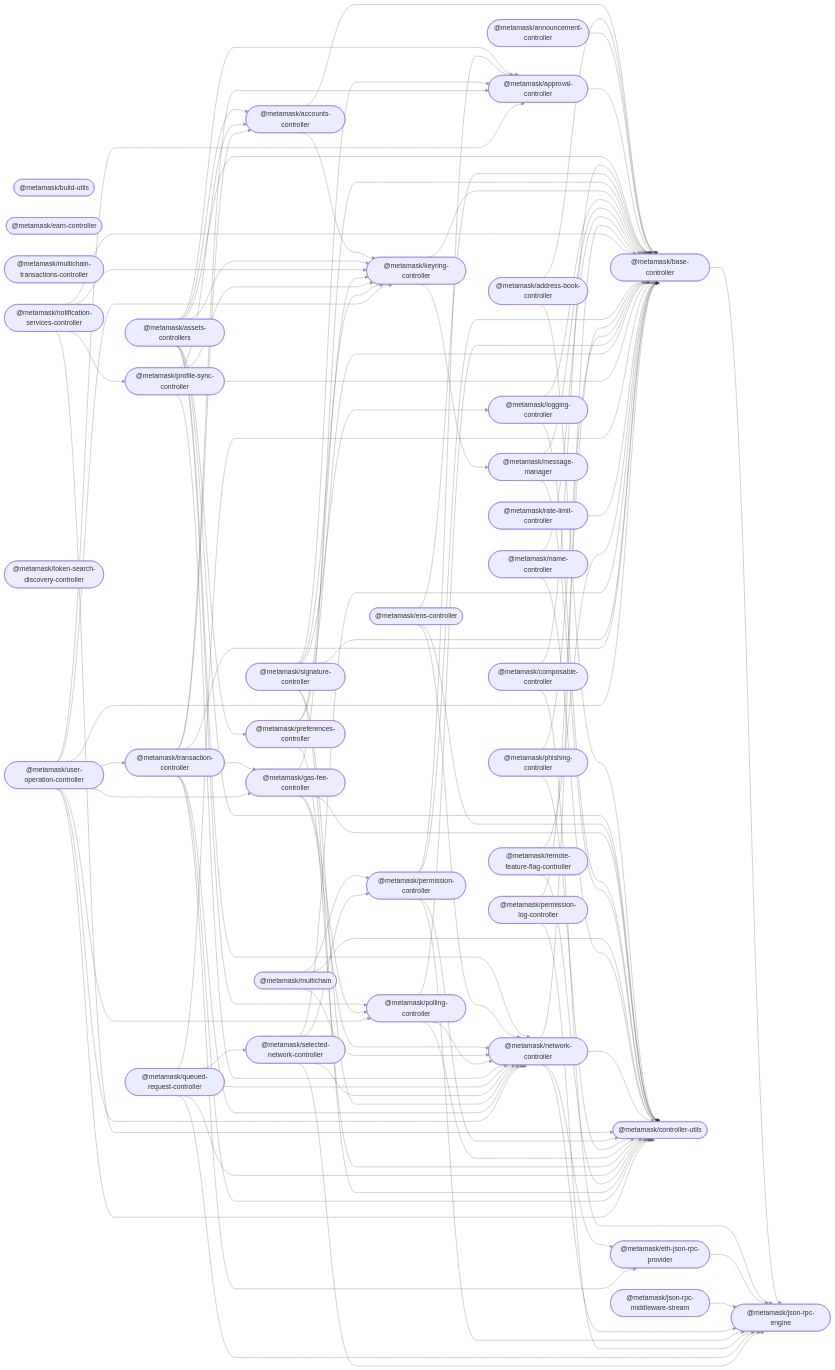
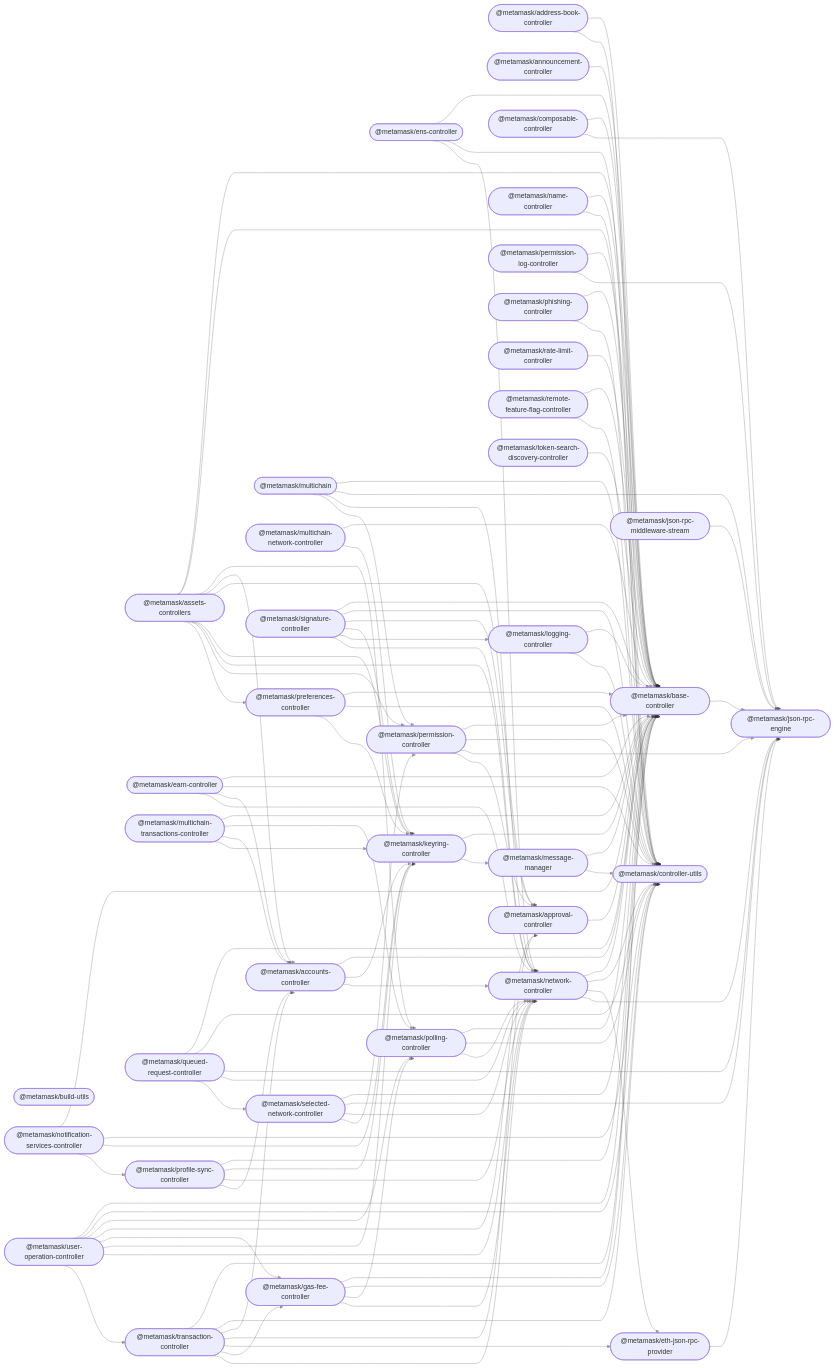
The diagram in README.md (MetaMask/core), drawn with Mermaid before and after one commit. The commit also changed other lines of this file and 27 other files, not shown here.

First line of the commit message:
feat: Add `MultichainNetworkController` to handle both EVM and non-EVM network and account switching (#5215)

```diff
--- a/README.md
+++ b/README.md
@@ -85,6 +86,7 @@
   logging_controller(["@metamask/logging-controller"]);
   message_manager(["@metamask/message-manager"]);
   multichain(["@metamask/multichain"]);
+  multichain_network_controller(["@metamask/multichain-network-controller"]);
   multichain_transactions_controller(["@metamask/multichain-transactions-controller"]);
   name_controller(["@metamask/name-controller"]);
   network_controller(["@metamask/network-controller"]);
@@ -105,6 +107,7 @@
   user_operation_controller(["@metamask/user-operation-controller"]);
   accounts_controller --> base_controller;
   accounts_controller --> keyring_controller;
+  accounts_controller --> network_controller;
   address_book_controller --> base_controller;
   address_book_controller --> controller_utils;
   announcement_controller --> base_controller;
@@ -116,10 +119,15 @@
   assets_controllers --> approval_controller;
   assets_controllers --> keyring_controller;
   assets_controllers --> network_controller;
+  assets_controllers --> permission_controller;
   assets_controllers --> preferences_controller;
   base_controller --> json_rpc_engine;
   composable_controller --> base_controller;
   composable_controller --> json_rpc_engine;
+  earn_controller --> base_controller;
+  earn_controller --> controller_utils;
+  earn_controller --> accounts_controller;
+  earn_controller --> network_controller;
   ens_controller --> base_controller;
   ens_controller --> controller_utils;
   ens_controller --> network_controller;
@@ -136,8 +144,15 @@
   message_manager --> base_controller;
   message_manager --> controller_utils;
   multichain --> controller_utils;
+  multichain --> json_rpc_engine;
   multichain --> network_controller;
   multichain --> permission_controller;
+  multichain_network_controller --> base_controller;
+  multichain_network_controller --> keyring_controller;
+  multichain_transactions_controller --> base_controller;
+  multichain_transactions_controller --> polling_controller;
+  multichain_transactions_controller --> accounts_controller;
+  multichain_transactions_controller --> keyring_controller;
   name_controller --> base_controller;
   name_controller --> controller_utils;
   network_controller --> base_controller;
@@ -184,6 +199,7 @@
   signature_controller --> keyring_controller;
   signature_controller --> logging_controller;
   signature_controller --> network_controller;
+  token_search_discovery_controller --> base_controller;
   transaction_controller --> base_controller;
   transaction_controller --> controller_utils;
   transaction_controller --> accounts_controller;
```
